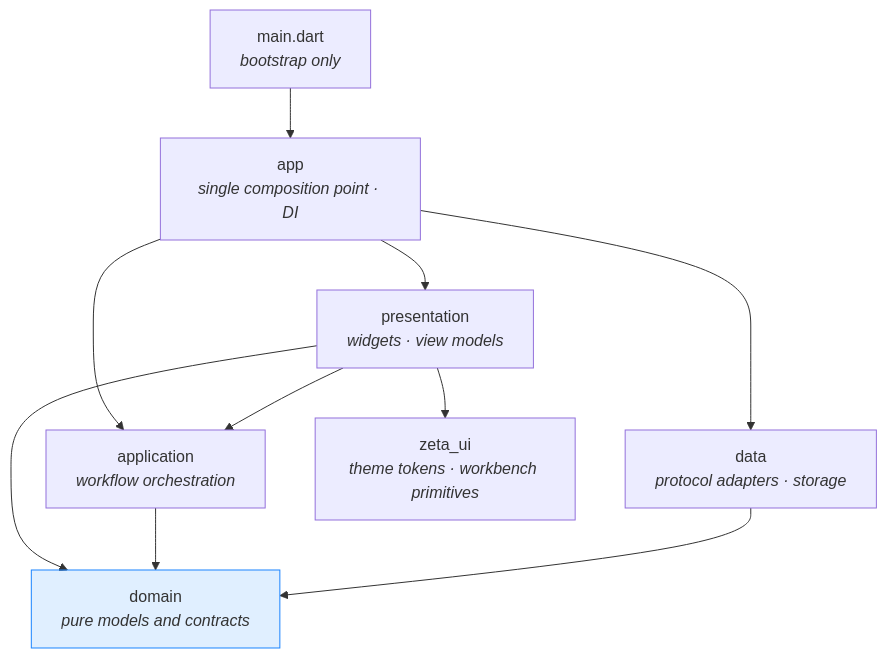
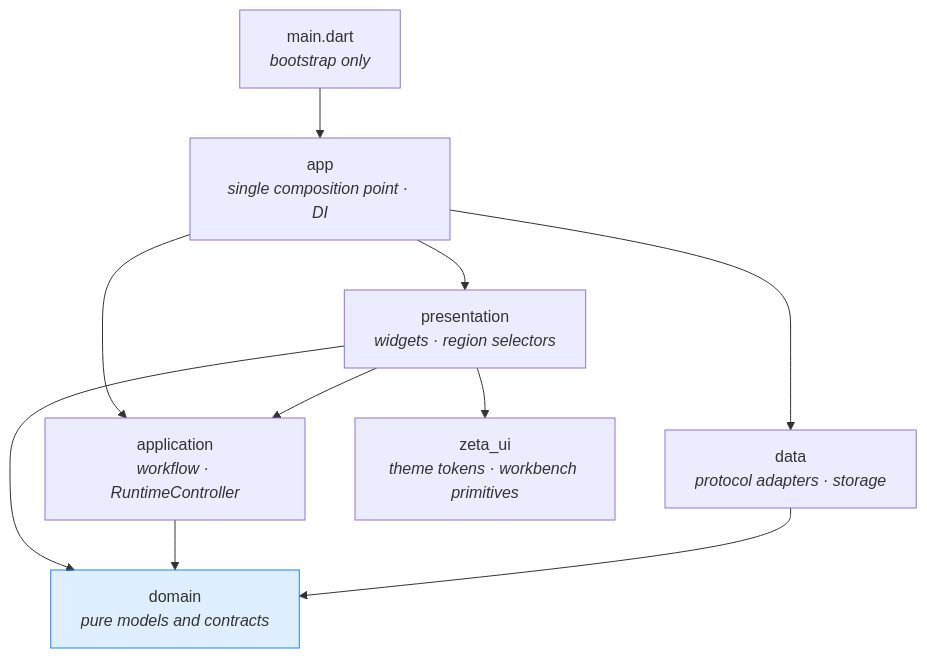
Before and after one commit to linpeilie/zeta: the first of 6 diagrams in docs/en/architecture/overview.md, drawn with Mermaid. The commit also changed other lines of this file and 12 other files, not shown here.

Commit message:
docs(agent): 同步会话切片两跳链路与 RuntimeController 归属

````diff
--- a/docs/en/architecture/overview.md
+++ b/docs/en/architecture/overview.md
@@ -19,15 +19,15 @@
 ```mermaid
 flowchart TD
     main["main.dart<br/><i>bootstrap only</i>"] --> app["app<br/><i>single composition point · DI</i>"]
-    app --> pres["presentation<br/><i>widgets · view models</i>"]
-    app --> appl["application<br/><i>workflow orchestration</i>"]
+    app --> pres["presentation<br/><i>widgets · region selectors</i>"]
+    app --> appl["application<br/><i>workflow · RuntimeController</i>"]
     app --> data["data<br/><i>protocol adapters · storage</i>"]
     pres --> appl
     pres --> domain
     appl --> domain["domain<br/><i>pure models and contracts</i>"]
     data --> domain
     pres --> uicore["zeta_ui<br/><i>theme tokens · workbench primitives</i>"]
 
     classDef pure fill:#1B84FF22,stroke:#1B84FF
     class domain pure
 ```
````
